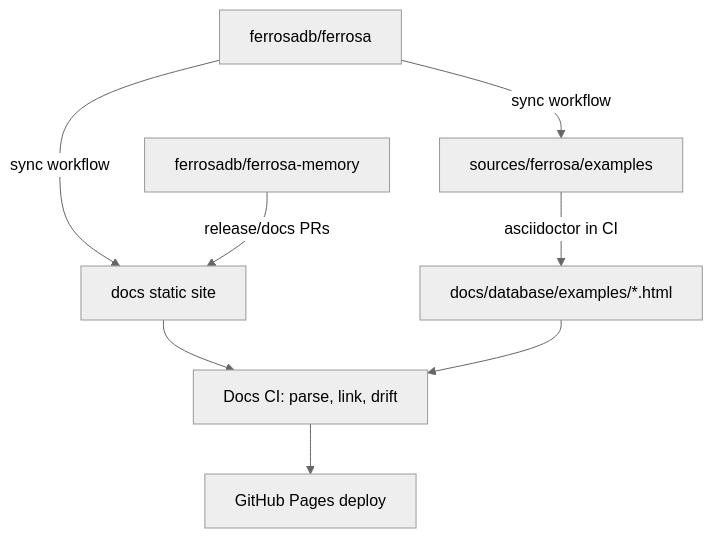
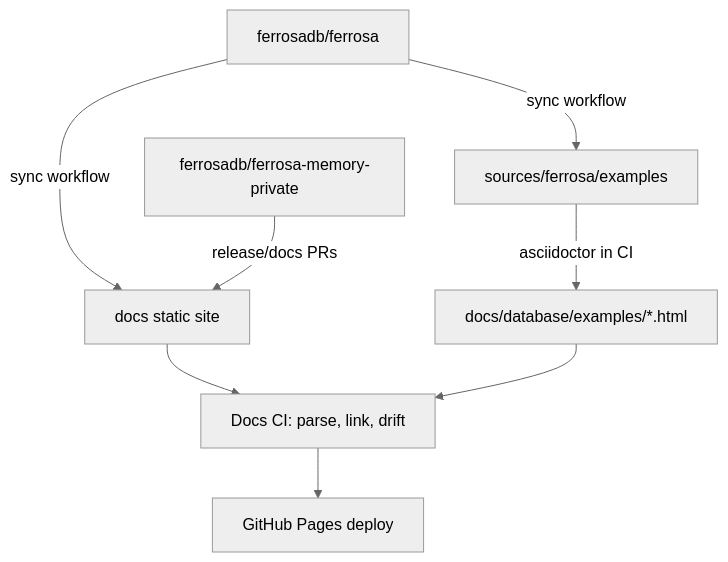
One commit to ferrosadb/ferrosa-docs changed the diagram in specs/docs-repository-migration.md. Above: the diagram before and after it, drawn with Mermaid (neutral theme). The commit also changed 10 other files, not shown here.

````diff
--- a/specs/docs-repository-migration.md
+++ b/specs/docs-repository-migration.md
@@ -22,10 +22,10 @@
 ```mermaid
 flowchart TD
     F[ferrosadb/ferrosa] -->|sync workflow| E[sources/ferrosa/examples]
     F -->|sync workflow| S[docs static site]
-    M[ferrosadb/ferrosa-memory] -->|release/docs PRs| S
+    M[ferrosadb/ferrosa-memory-private] -->|release/docs PRs| S
     E -->|asciidoctor in CI| G[docs/database/examples/*.html]
     S --> C[Docs CI: parse, link, drift]
     G --> C
     C --> P[GitHub Pages deploy]
 ```
````
